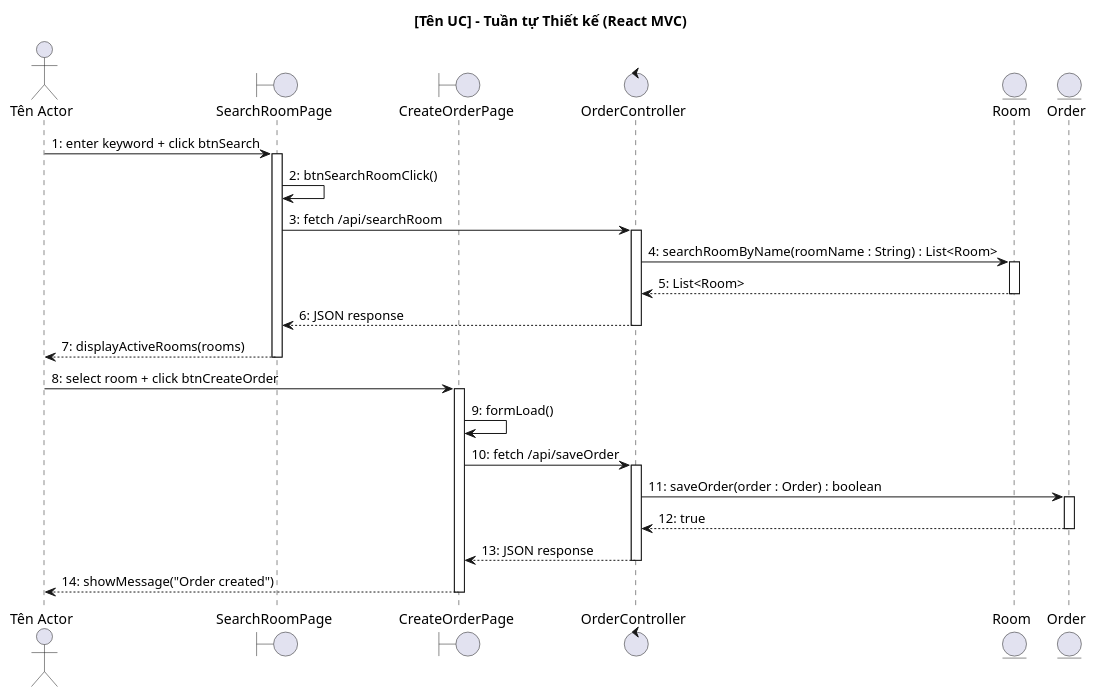
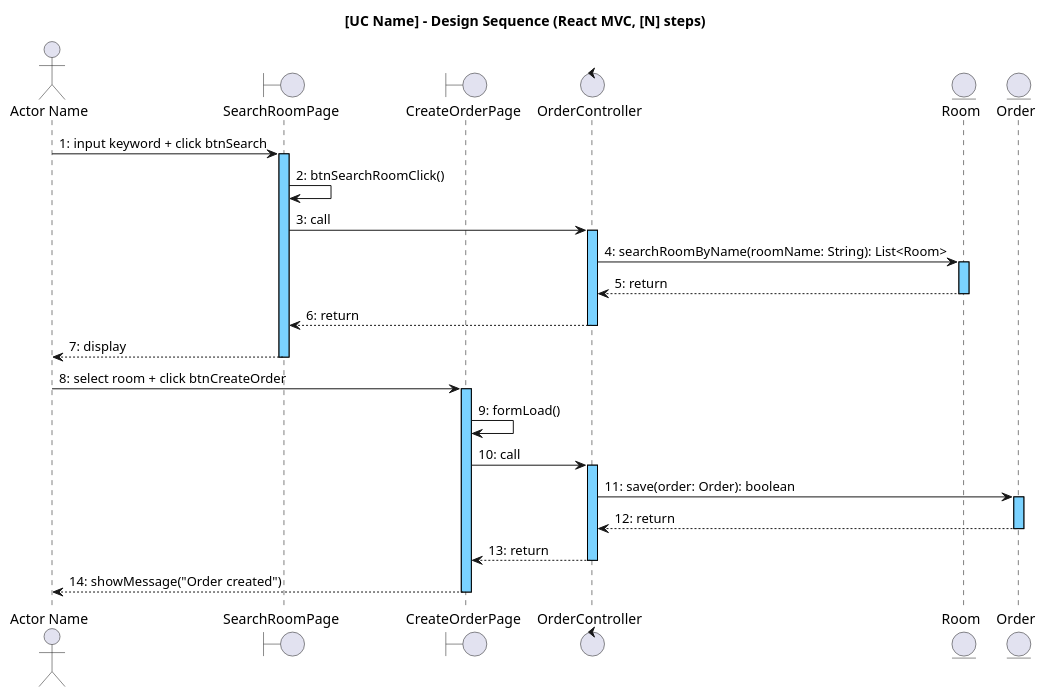
One commit to thanhtrnnn/cnpm changed the second of 2 diagrams in .claude/skills/cnpm/references/iii.4_tuantu_thietke.md. Above: the diagram before and after it, drawn with PlantUML. The commit also changed other lines of this file and 3 other files, not shown here.

First line of the commit message:
feat(cnpm): add call/return/method() arrow convention + rewrite BCE ii.3

````diff
--- a/.claude/skills/cnpm/references/iii.4_tuantu_thietke.md
+++ b/.claude/skills/cnpm/references/iii.4_tuantu_thietke.md
@@ -107,40 +116,45 @@
 ```plantuml
 @startuml
-title [Tên UC] – Tuần tự Thiết kế (React MVC)
+skinparam shadowing false
+skinparam SequenceMessageAlign left
+skinparam SequenceLifeLineBackgroundColor #7AD2FF
+skinparam SequenceLifeLineBorderColor #000000
 
-actor "Tên Actor" as Actor
+title [UC Name] – Design Sequence (React MVC, [N] steps)
+
+actor "Actor Name" as Actor
 boundary SearchRoomPage
 boundary CreateOrderPage
 control OrderController
 entity Room
 entity Order
 
-Actor -> SearchRoomPage : 1: enter keyword + click btnSearch
+Actor -> SearchRoomPage : 1: input keyword + click btnSearch
 activate SearchRoomPage
 SearchRoomPage -> SearchRoomPage : 2: btnSearchRoomClick()
-SearchRoomPage -> OrderController : 3: fetch /api/searchRoom
+SearchRoomPage -> OrderController : 3: call
 activate OrderController
-OrderController -> Room : 4: searchRoomByName(roomName : String) : List<Room>
+OrderController -> Room : 4: searchRoomByName(roomName: String): List<Room>
 activate Room
-Room --> OrderController : 5: List<Room>
+Room --> OrderController : 5: return
 deactivate Room
-OrderController --> SearchRoomPage : 6: JSON response
+OrderController --> SearchRoomPage : 6: return
 deactivate OrderController
-SearchRoomPage --> Actor : 7: displayActiveRooms(rooms)
+SearchRoomPage --> Actor : 7: display
 deactivate SearchRoomPage
 
 Actor -> CreateOrderPage : 8: select room + click btnCreateOrder
 activate CreateOrderPage
 CreateOrderPage -> CreateOrderPage : 9: formLoad()
-CreateOrderPage -> OrderController : 10: fetch /api/saveOrder
+CreateOrderPage -> OrderController : 10: call
 activate OrderController
-OrderController -> Order : 11: saveOrder(order : Order) : boolean
+OrderController -> Order : 11: save(order: Order): boolean
 activate Order
-Order --> OrderController : 12: true
+Order --> OrderController : 12: return
 deactivate Order
-OrderController --> CreateOrderPage : 13: JSON response
+OrderController --> CreateOrderPage : 13: return
 deactivate OrderController
 CreateOrderPage --> Actor : 14: showMessage("Order created")
 deactivate CreateOrderPage
 @enduml
 ```
````
